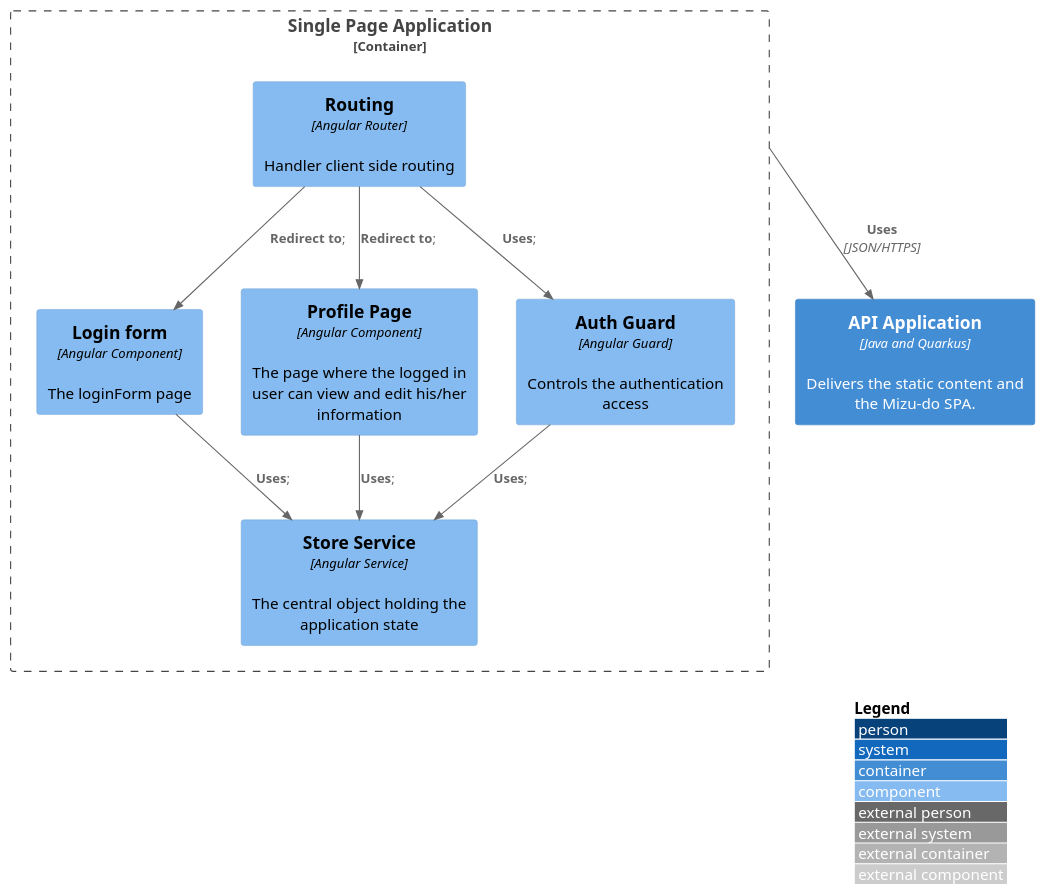
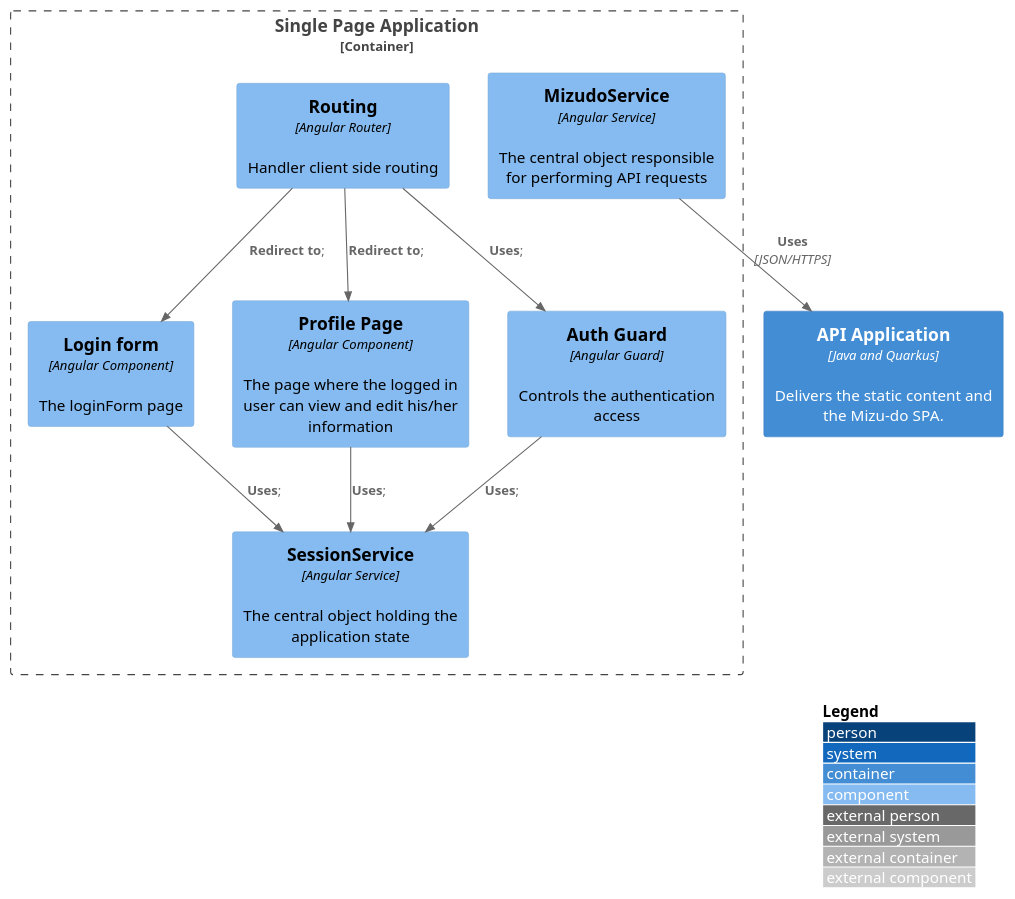
One commit to arrudalabs/mizudo-app changed the diagram in documentation/src/1 Mizu-do System/Single Page Application/container.puml. Above: the diagram before and after it, drawn with PlantUML. The commit also changed 1 other file, not shown here.

```diff
--- a/documentation/src/1 Mizu-do System/Single Page Application/container.puml
+++ b/documentation/src/1 Mizu-do System/Single Page Application/container.puml
@@ -1,27 +1,29 @@
 @startuml
 !include https://raw.githubusercontent.com/adrianvlupu/C4-PlantUML/latest/C4_Component.puml
 
 LAYOUT_WITH_LEGEND()
 
 Container(api, "API Application", "Java and Quarkus", "Delivers the static content and the Mizu-do SPA.")
 
 Container_Boundary(spa, "Single Page Application") {
     Component(routing, "Routing", "Angular Router", "Handler client side routing")
     Component(loginForm, "Login form", "Angular Component", "The loginForm page")
     Component(profilePage, "Profile Page", "Angular Component", "The page where the logged in user can view and edit his/her information")
     Component(authGuard, "Auth Guard", "Angular Guard", "Controls the authentication access")
-    Component(storeService, "Store Service", "Angular Service", "The central object holding the application state")
+    Component(sessionService, "SessionService", "Angular Service", "The central object holding the application state")
+    Component(mizudoService, "MizudoService", "Angular Service", "The central object responsible for performing API requests")
+
 
     Rel(routing, authGuard, "Uses");
-    Rel(authGuard, storeService, "Uses");
-    Rel(loginForm, storeService, "Uses");
-    Rel(profilePage, storeService, "Uses");
+    Rel(authGuard, sessionService, "Uses");
+    Rel(loginForm, sessionService, "Uses");
+    Rel(profilePage, sessionService, "Uses");
 
     Rel(routing, loginForm, "Redirect to");
     Rel(routing, profilePage, "Redirect to");
 
 }
 
-Rel(spa, api, "Uses", "JSON/HTTPS")
+Rel(mizudoService, api, "Uses", "JSON/HTTPS")
 
 @enduml
```
